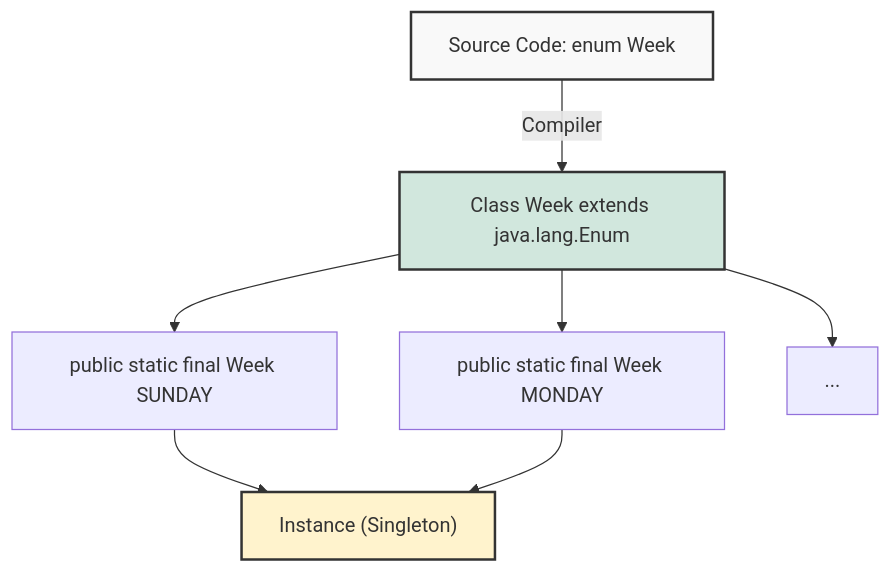
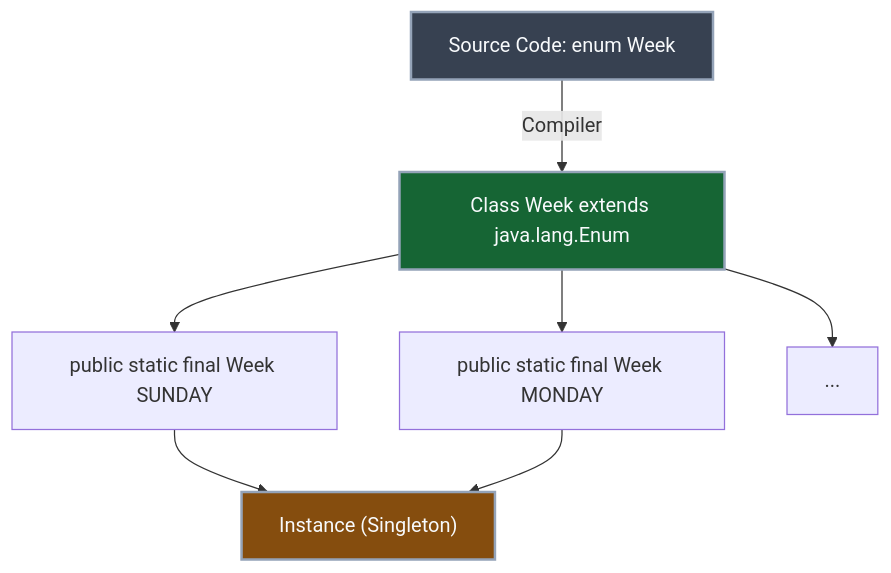
Before and after one commit to Kang-Hyesung/kang-hyesung.github.io: the diagram in _posts/java/06-Polymorphism-다형성/2026-01-04-enum.md, drawn with Mermaid. The commit also changed 74 other files, not shown here.

Commit message:
docs: update post visibility and mermaid colors

````diff
--- a/_posts/java/06-Polymorphism-다형성/2026-01-04-enum.md
+++ b/_posts/java/06-Polymorphism-다형성/2026-01-04-enum.md
@@ -18,15 +18,15 @@
 ```mermaid
 graph TD
     A["Source Code: enum Week"] -->|Compiler| B["Class Week extends java.lang.Enum"]
     B --> C["public static final Week SUNDAY"]
     B --> D["public static final Week MONDAY"]
     B --> E["..."]
     C --> F["Instance (Singleton)"]
     D --> F
     
     %% 스타일 정의
-    style A fill:#f9f9f9,stroke:#333,stroke-width:2px
-    style B fill:#d1e7dd,stroke:#333,stroke-width:2px
-    style F fill:#fff3cd,stroke:#333,stroke-width:2px
+    style A fill:#374151,stroke:#94a3b8,stroke-width:2px,color:#f8fafc
+    style B fill:#166534,stroke:#94a3b8,stroke-width:2px,color:#f8fafc
+    style F fill:#854d0e,stroke:#94a3b8,stroke-width:2px,color:#f8fafc
 
 ```
````
